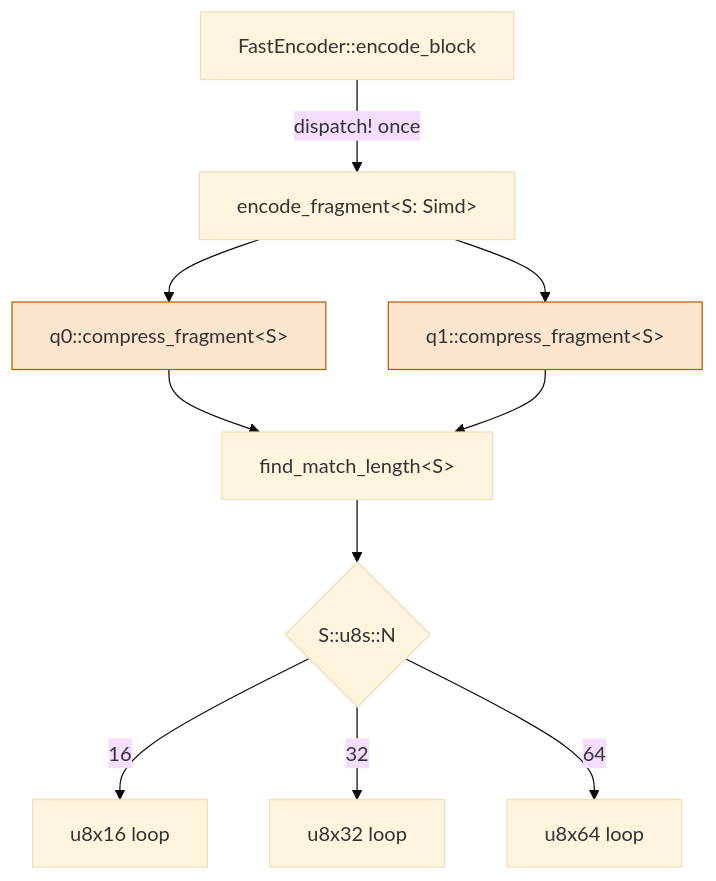
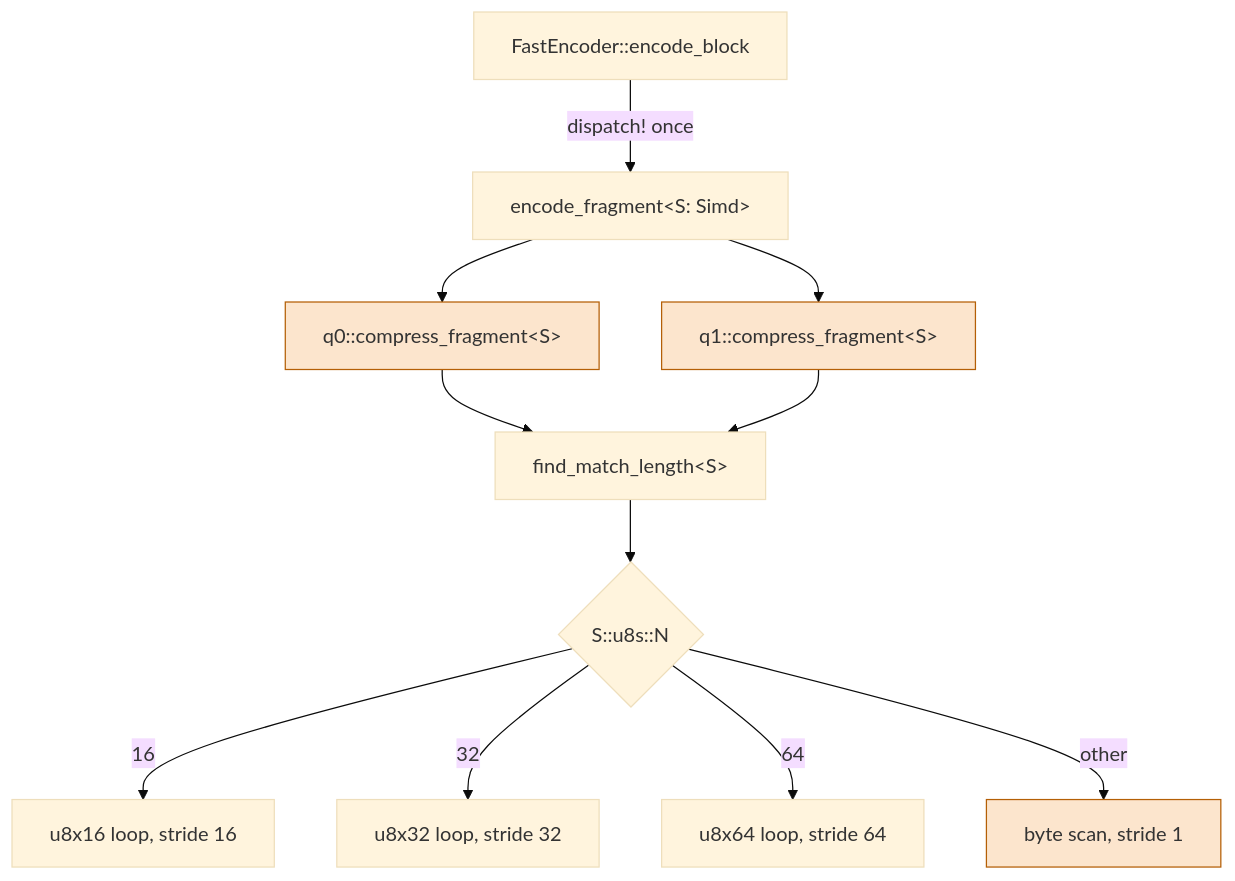
Before and after one commit to Mnwa/mbrotli: the eighth of 9 diagrams in architecture/fast-encoder.md, drawn with Mermaid (base theme). The commit also changed other lines of this file and 2 other files, not shown here.

````diff
--- a/architecture/fast-encoder.md
+++ b/architecture/fast-encoder.md
@@ -259,15 +259,16 @@
 ```mermaid
 graph TD
     A["FastEncoder::encode_block"] -->|"dispatch! once"| B["encode_fragment&lt;S: Simd&gt;"]
     B --> C["q0::compress_fragment&lt;S&gt;"]
     B --> D["q1::compress_fragment&lt;S&gt;"]
     C --> E["find_match_length&lt;S&gt;"]
     D --> E
     E --> F{"S::u8s::N"}
-    F -->|16| G["u8x16 loop"]
-    F -->|32| H["u8x32 loop"]
-    F -->|64| I["u8x64 loop"]
+    F -->|16| G["u8x16 loop, stride 16"]
+    F -->|32| H["u8x32 loop, stride 32"]
+    F -->|64| I["u8x64 loop, stride 64"]
+    F -->|other| J["byte scan, stride 1"]
 
     classDef scalar fill:#fce5cd,stroke:#b45f06;
-    class C,D scalar;
+    class C,D,J scalar;
 ```
````
